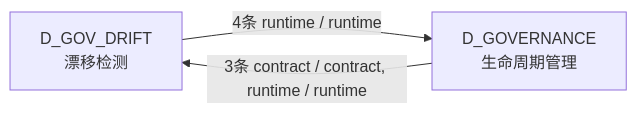
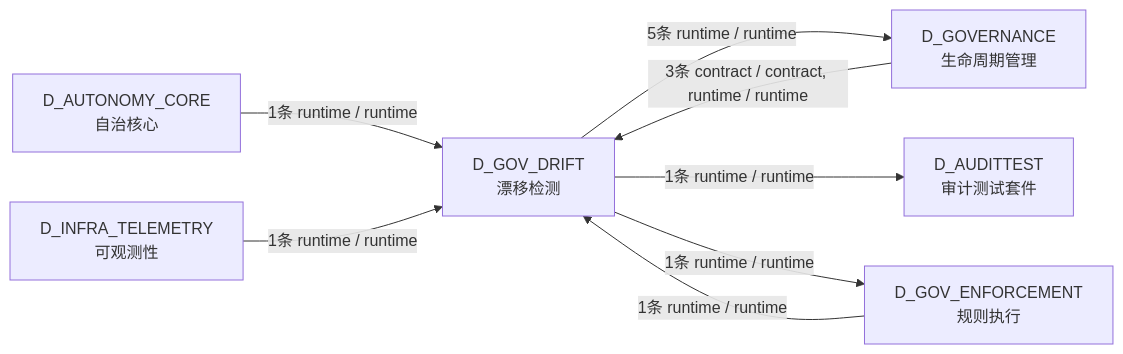
One commit to xuanFelixVan/ZephyrAlpha changed the third of 3 diagrams in docs/02_enterprise_architecture/02_domain_architecture_docs/34_d_gov_drift.md. Above: the diagram before and after it, drawn with Mermaid. The commit also changed other lines of this file and 100 other files, not shown here.

````diff
--- a/docs/02_enterprise_architecture/02_domain_architecture_docs/34_d_gov_drift.md
+++ b/docs/02_enterprise_architecture/02_domain_architecture_docs/34_d_gov_drift.md
@@ -145,7 +173,16 @@
 ```mermaid
 graph LR
     D_GOV_DRIFT["D_GOV_DRIFT<br/>漂移检测"]
     D_GOVERNANCE["D_GOVERNANCE<br/>生命周期管理"]
-    D_GOV_DRIFT -->|4条 runtime / runtime| D_GOVERNANCE
+    D_AUDITTEST["D_AUDITTEST<br/>审计测试套件"]
+    D_GOV_ENFORCEMENT["D_GOV_ENFORCEMENT<br/>规则执行"]
+    D_AUTONOMY_CORE["D_AUTONOMY_CORE<br/>自治核心"]
+    D_INFRA_TELEMETRY["D_INFRA_TELEMETRY<br/>可观测性"]
+    D_GOV_DRIFT -->|5条 runtime / runtime| D_GOVERNANCE
+    D_GOV_DRIFT -->|1条 runtime / runtime| D_AUDITTEST
+    D_GOV_DRIFT -->|1条 runtime / runtime| D_GOV_ENFORCEMENT
     D_GOVERNANCE -->|3条 contract / contract, runtime / runtime| D_GOV_DRIFT
+    D_AUTONOMY_CORE -->|1条 runtime / runtime| D_GOV_DRIFT
+    D_GOV_ENFORCEMENT -->|1条 runtime / runtime| D_GOV_DRIFT
+    D_INFRA_TELEMETRY -->|1条 runtime / runtime| D_GOV_DRIFT
 ```
````
